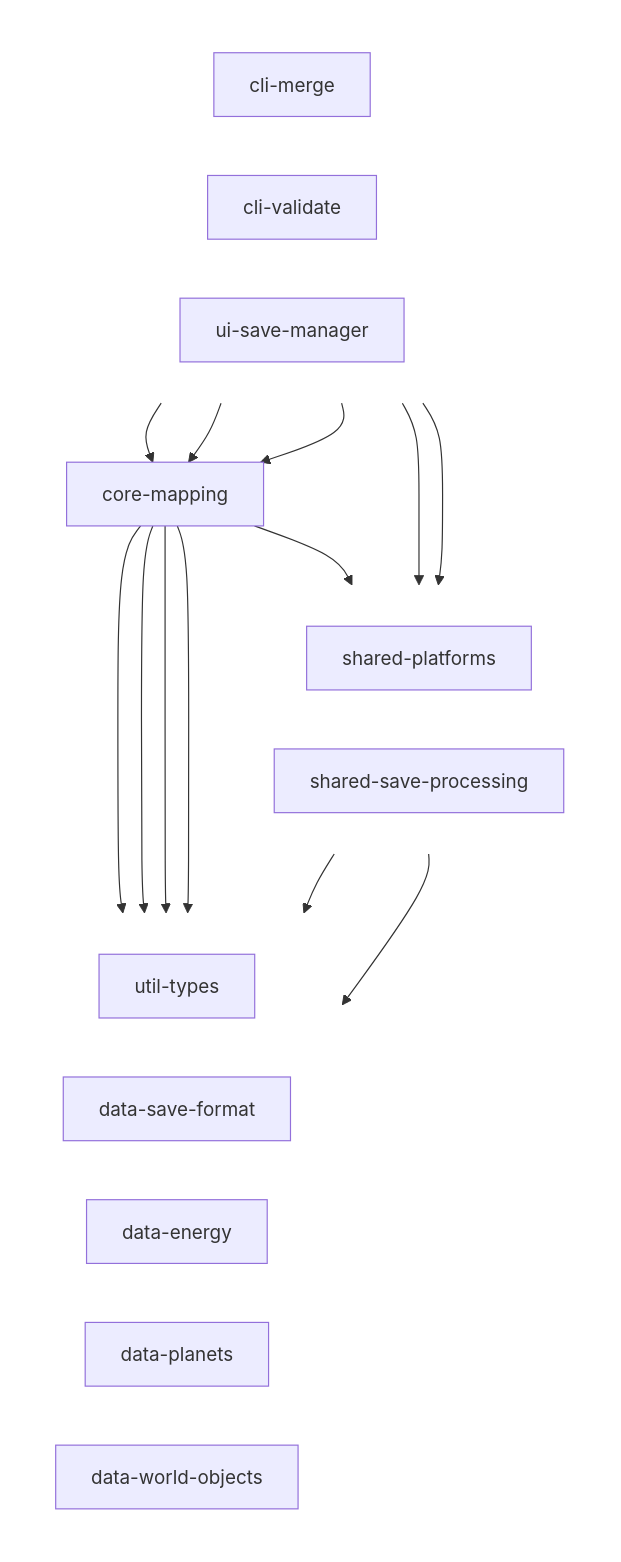
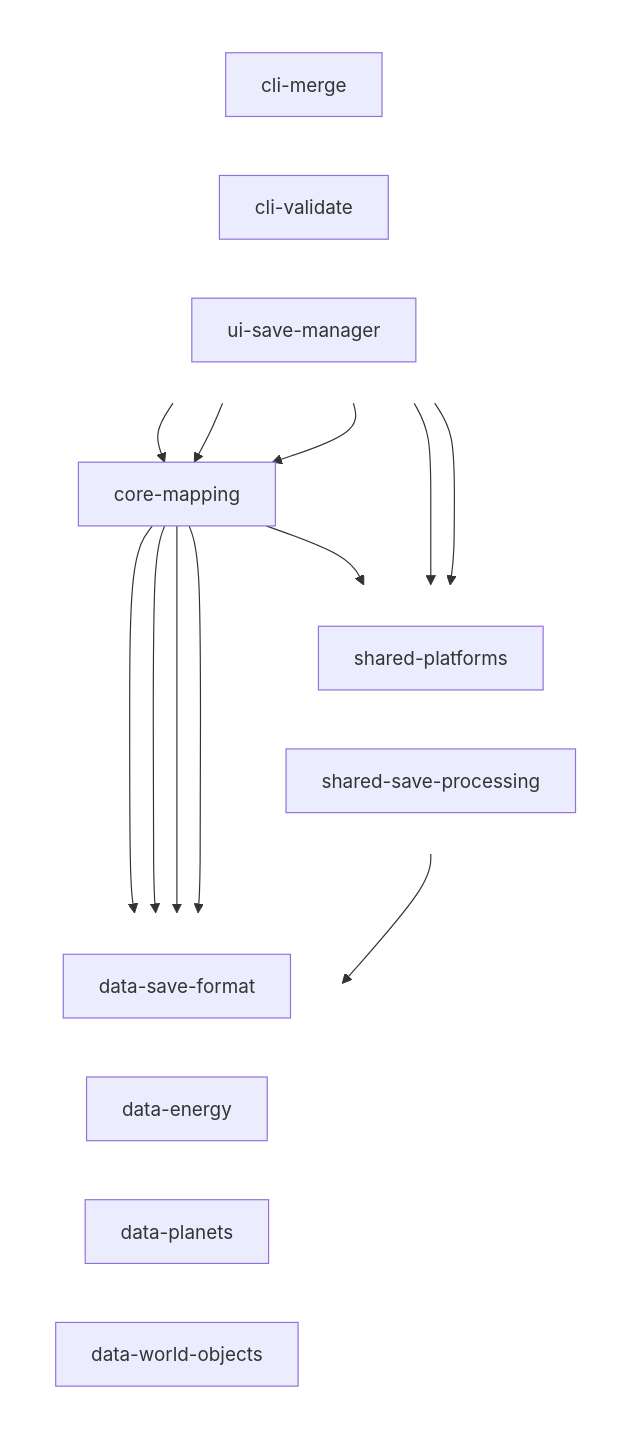
Before and after one commit to delairec/planet-crafter-save-tools: the first of 3 diagrams in docs/wiki/dependency-graphs.md, drawn with Mermaid. The commit also changed 50 other files, not shown here.

Commit message:
refactor(core-mapping): apply the findings of the Clean Architecture review, util-types dissolved into shared-platforms

````diff
--- a/docs/wiki/dependency-graphs.md
+++ b/docs/wiki/dependency-graphs.md
@@ -9,40 +9,38 @@
 ```mermaid
 flowchart TD
     subgraph apps [" "]
         direction LR
         cli-merge["cli-merge"]
         cli-validate["cli-validate"]
         ui-save-manager["ui-save-manager"]
     end
     core-mapping["core-mapping"]
     subgraph libs [" "]
         direction LR
         shared-platforms["shared-platforms"]
         shared-save-processing["shared-save-processing"]
     end
     subgraph leaves [" "]
         direction LR
-        util-types["util-types"]
         data-save-format["data-save-format"]
         data-energy["data-energy"]
         data-planets["data-planets"]
         data-world-objects["data-world-objects"]
     end
 
     cli-merge --> core-mapping
     cli-merge --> shared-platforms
     cli-validate --> core-mapping
     cli-validate --> shared-platforms
     ui-save-manager --> core-mapping
     core-mapping --> shared-save-processing
     core-mapping --> data-save-format
     core-mapping --> data-energy
     core-mapping --> data-planets
     core-mapping --> data-world-objects
     shared-save-processing --> data-save-format
-    shared-platforms --> util-types
 
     style apps fill:none,stroke:none
     style libs fill:none,stroke:none
     style leaves fill:none,stroke:none
 ```
````
